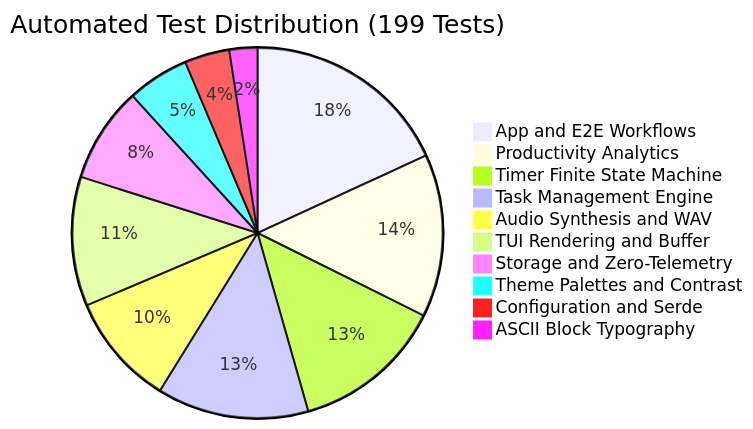
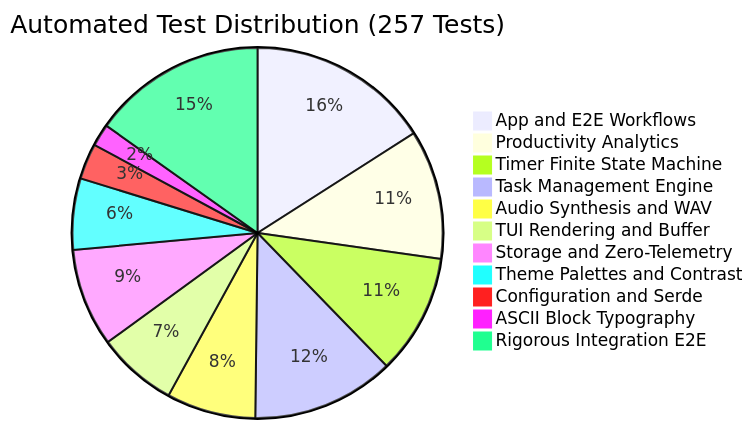
Before and after one commit to amanalip/Termodoro: the fourth of 4 diagrams in System_design.md, drawn with Mermaid. The commit also changed other lines of this file and 9 other files, not shown here.

````diff
--- a/System_design.md
+++ b/System_design.md
@@ -337,13 +337,14 @@
 ```mermaid
-pie title Automated Test Distribution (199 Tests)
-    "App and E2E Workflows" : 37
+pie title Automated Test Distribution (257 Tests)
+    "App and E2E Workflows" : 41
     "Productivity Analytics" : 29
     "Timer Finite State Machine" : 27
-    "Task Management Engine" : 27
+    "Task Management Engine" : 32
     "Audio Synthesis and WAV" : 20
-    "TUI Rendering and Buffer" : 23
-    "Storage and Zero-Telemetry" : 17
-    "Theme Palettes and Contrast" : 11
+    "TUI Rendering and Buffer" : 18
+    "Storage and Zero-Telemetry" : 22
+    "Theme Palettes and Contrast" : 16
     "Configuration and Serde" : 8
     "ASCII Block Typography" : 5
+    "Rigorous Integration E2E" : 39
 ```
````
